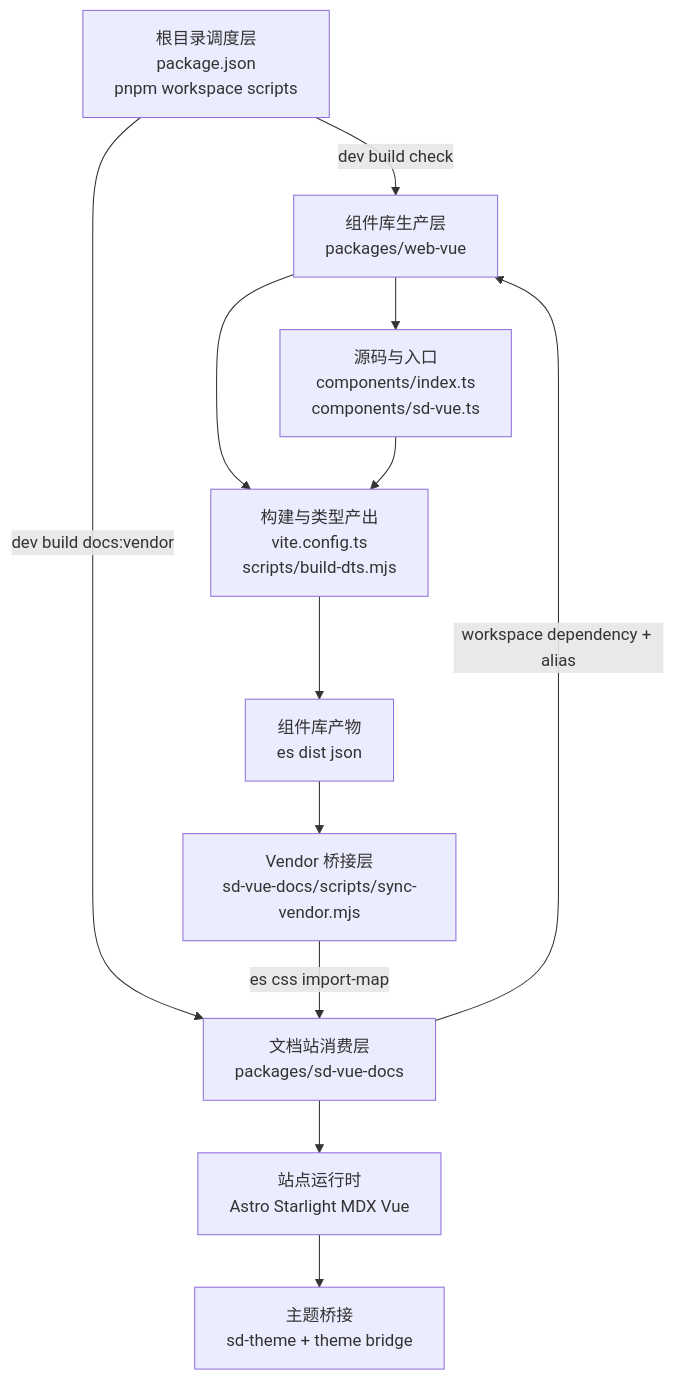
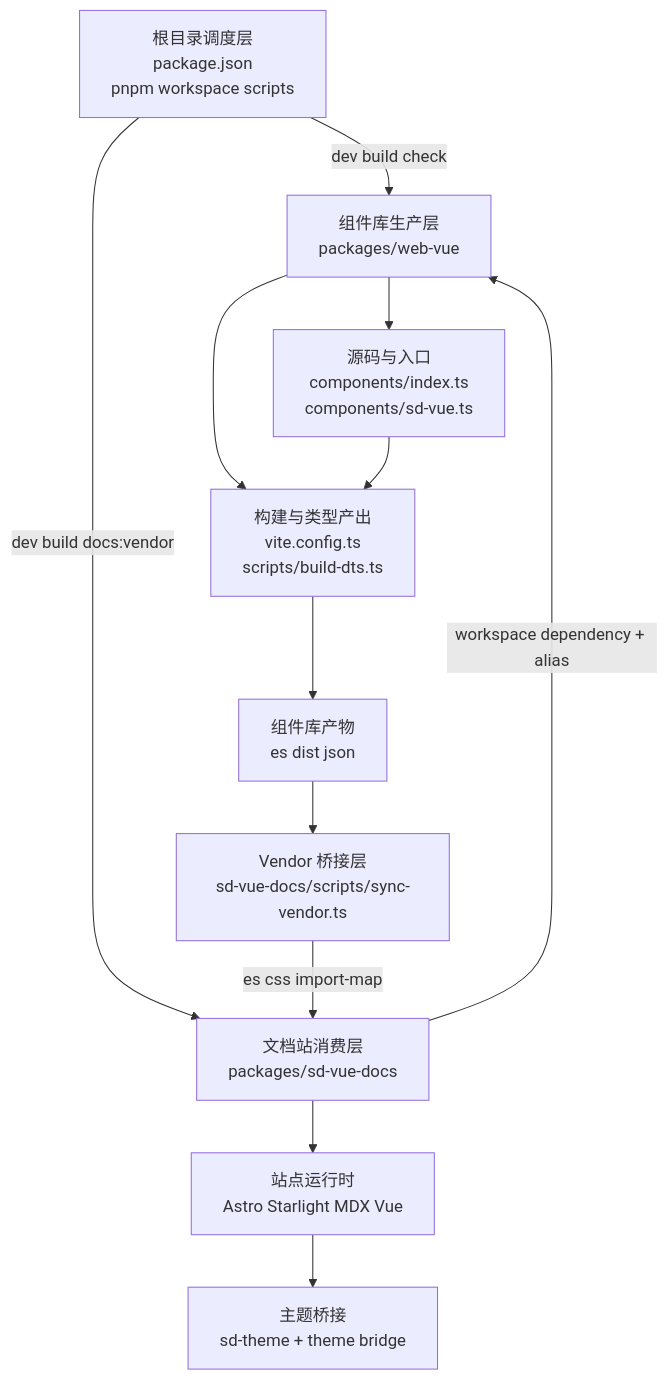
Before and after one commit to liunnn1994/sd-design: the first of 3 diagrams in ARCHITECTURE.md, drawn with Mermaid. The commit also changed other lines of this file and 286 other files, not shown here.

````diff
--- a/ARCHITECTURE.md
+++ b/ARCHITECTURE.md
@@ -14,24 +24,24 @@
 ```mermaid
 flowchart TD
 	Root[根目录调度层\npackage.json\npnpm workspace scripts]
 	WebVue[组件库生产层\npackages/web-vue]
 	Components[源码与入口\ncomponents/index.ts\ncomponents/sd-vue.ts]
-	Build[构建与类型产出\nvite.config.ts\nscripts/build-dts.mjs]
+	Build[构建与类型产出\nvite.config.ts\nscripts/build-dts.ts]
 	Artifacts[组件库产物\nes dist json]
-	Vendor[Vendor 桥接层\nsd-vue-docs/scripts/sync-vendor.mjs]
+	Vendor[Vendor 桥接层\nsd-vue-docs/scripts/sync-vendor.ts]
 	Docs[文档站消费层\npackages/sd-vue-docs]
 	Runtime[站点运行时\nAstro Starlight MDX Vue]
 	Theme[主题桥接\nsd-theme + theme bridge]
 
 	Root -->|dev build check| WebVue
 	Root -->|dev build docs:vendor| Docs
 	WebVue --> Components
 	WebVue --> Build
 	Components --> Build
 	Build --> Artifacts
 	Artifacts --> Vendor
 	Vendor -->|es css import-map| Docs
 	Docs --> Runtime
 	Runtime --> Theme
 	Docs -->|workspace dependency + alias| WebVue
 ```
````
